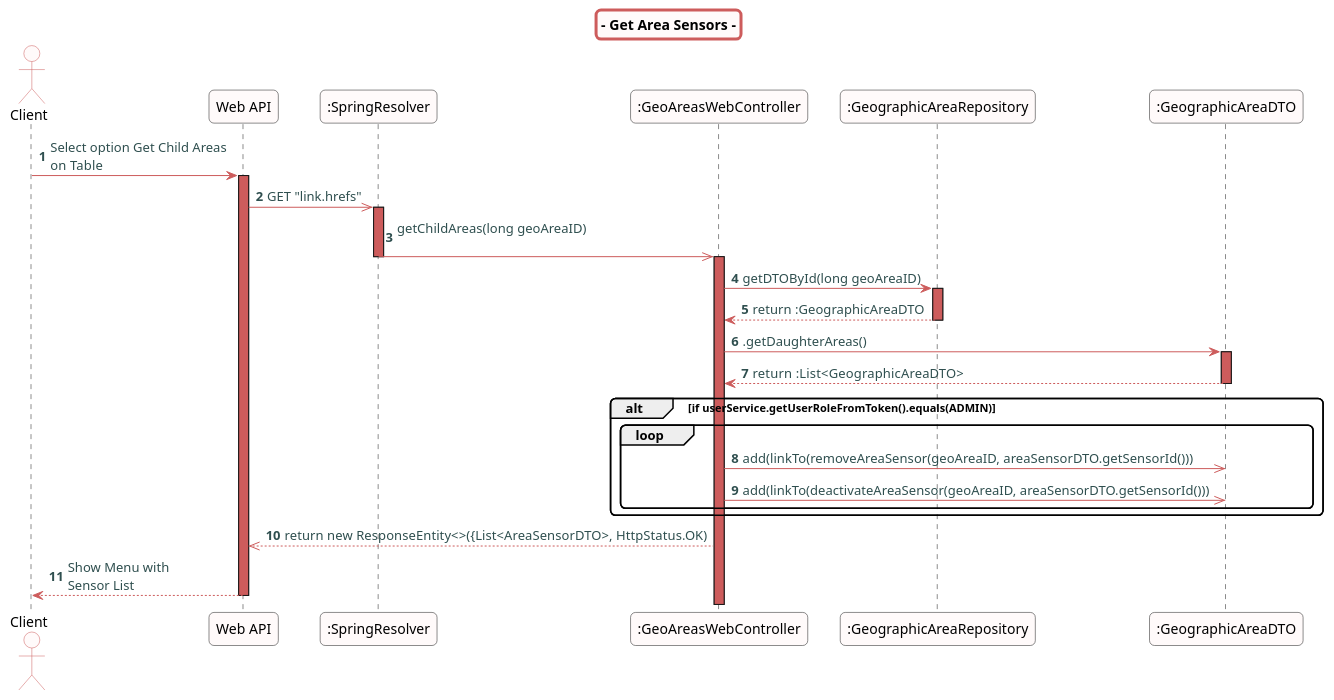
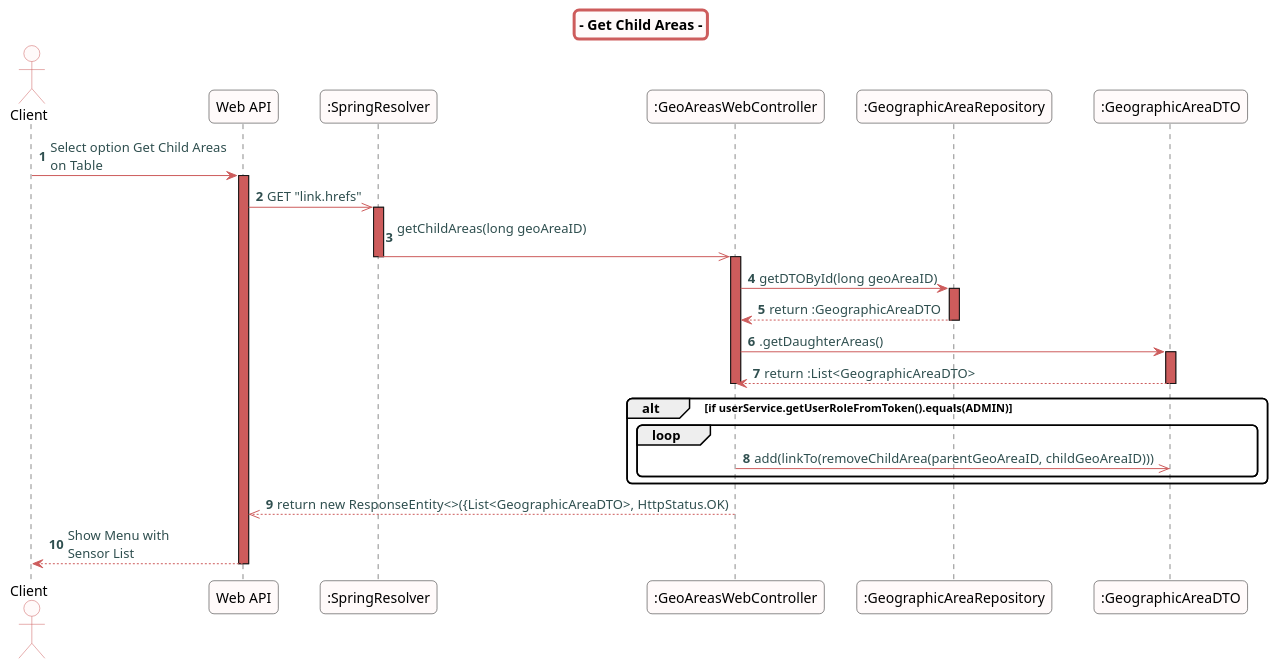
The diagram in src/doc/WEB_Controllers/GASettings/getChildAreas_SD.puml (Almadanmp/frontend4), drawn with PlantUML before and after one commit.

Commit message:
get child areas sd small corrections

```diff
--- a/src/doc/WEB_Controllers/GASettings/getChildAreas_SD.puml
+++ b/src/doc/WEB_Controllers/GASettings/getChildAreas_SD.puml
@@ -1,63 +1,63 @@
 @startuml
 skinparam titleBorderRoundCorner 10
 skinparam titleBorderThickness 3
 skinparam titleBorderColor indianred
 skinparam titleBackgroundColor snow
 skinparam FontName quicksand
 
 skinparam actor {
   BorderColor indianred
   backgroundColor Snow
   }
 
 skinparam sequence {
   LifeLineBackgroundColor indianred
   ParticipantBackgroundColor snow
 }
 
 skinparam roundcorner 10
 
 skinparam component {
   arrowThickness 1
   ArrowFontName Verdana
   ArrowColor indianred
   ArrowFontColor darkslategrey
 }
 
 
-title - Get Area Sensors -
+title - Get Child Areas -
 
 autonumber
 
 actor "Client"
 
 "Client" -> "Web API": Select option Get Child Areas\non Table
 
 activate "Web API"
 "Web API" ->> ":SpringResolver":  GET "link.hrefs"
 activate ":SpringResolver"
 ":SpringResolver" ->> ":GeoAreasWebController": getChildAreas(long geoAreaID) \n
 deactivate ":SpringResolver"
 activate ":GeoAreasWebController"
 ":GeoAreasWebController" -> ":GeographicAreaRepository": getDTOById(long geoAreaID)
 activate ":GeographicAreaRepository"
 ":GeographicAreaRepository" --> ":GeoAreasWebController": return :GeographicAreaDTO
 deactivate ":GeographicAreaRepository"
 ":GeoAreasWebController" -> ":GeographicAreaDTO": .getDaughterAreas()
 activate ":GeographicAreaDTO"
 ":GeographicAreaDTO" --> ":GeoAreasWebController": return  :List<GeographicAreaDTO>
 deactivate ":GeographicAreaDTO"
+deactivate ":GeoAreasWebController"
 
 alt if userService.getUserRoleFromToken().equals(ADMIN)
 loop
 
-":GeoAreasWebController" ->> ":GeographicAreaDTO": add(linkTo(removeAreaSensor(geoAreaID, areaSensorDTO.getSensorId()))
-":GeoAreasWebController" ->> ":GeographicAreaDTO": add(linkTo(deactivateAreaSensor(geoAreaID, areaSensorDTO.getSensorId()))
+":GeoAreasWebController" ->> ":GeographicAreaDTO": add(linkTo(removeChildArea(parentGeoAreaID, childGeoAreaID)))
 end
 end
-":GeoAreasWebController" -->> "Web API": return  new ResponseEntity<>({List<AreaSensorDTO>, HttpStatus.OK)
+":GeoAreasWebController" -->> "Web API": return  new ResponseEntity<>({List<GeographicAreaDTO>, HttpStatus.OK)
 "Web API" --> "Client": Show Menu with \nSensor List
 
 
 deactivate "Web API"
 @enduml
```
